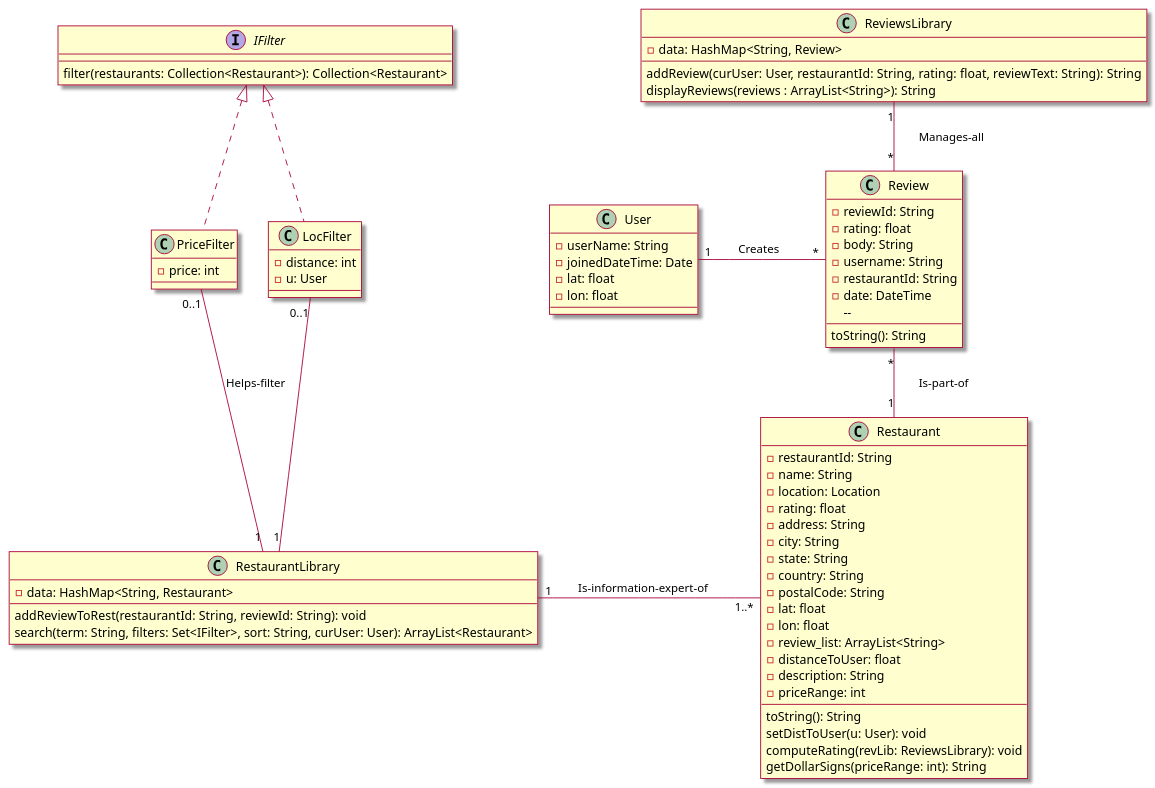
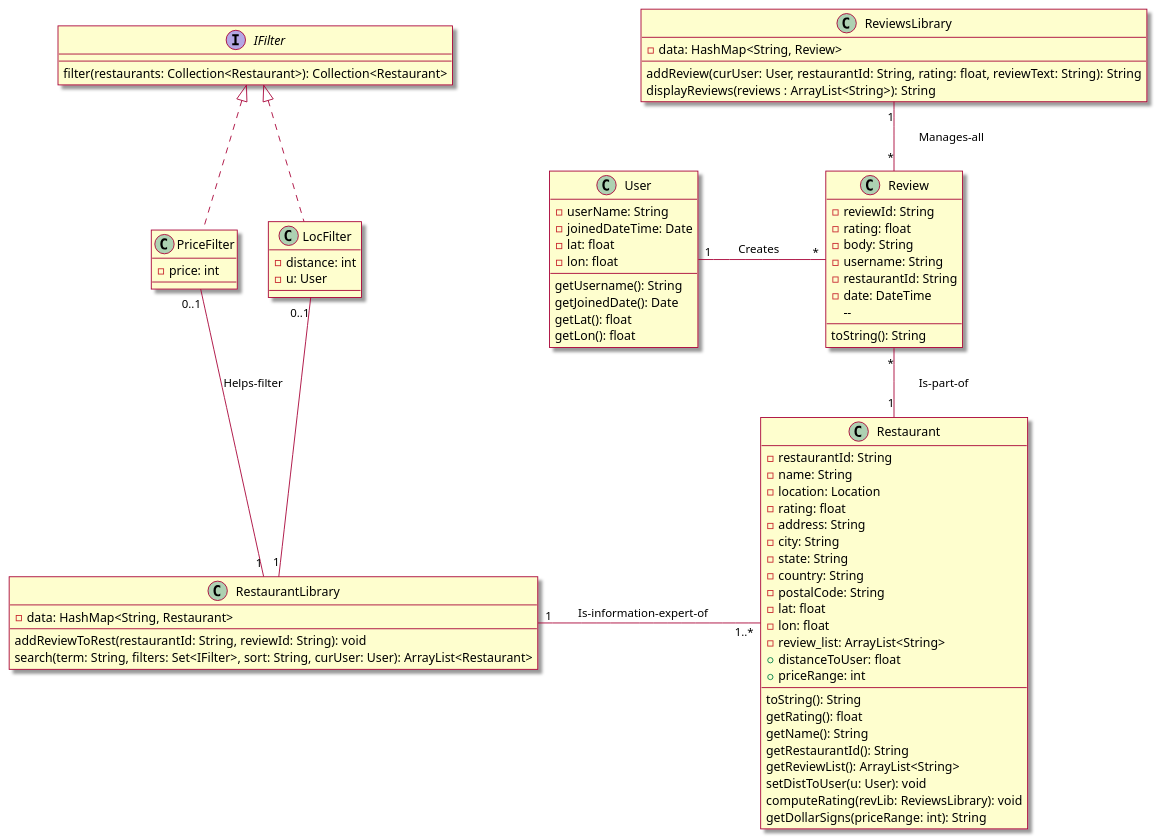
One commit to tanwasp/LunchBox-Android changed the third of 3 diagrams in intellij/doc/design.md. Above: the diagram before and after it, drawn with PlantUML. The commit also changed 5 other files, not shown here.

```diff
--- a/intellij/doc/design.md
+++ b/intellij/doc/design.md
@@ -89,11 +89,14 @@
     -lat: float
     -lon: float
     -review_list: ArrayList<String>
-    -distanceToUser: float
-    -description: String
-    -priceRange: int
+    +distanceToUser: float
+    +priceRange: int
     --
     toString(): String
+    getRating(): float
+    getName(): String
+    getRestaurantId(): String
+    getReviewList(): ArrayList<String>
     setDistToUser(u: User): void
     computeRating(revLib: ReviewsLibrary): void
     getDollarSigns(priceRange: int): String
@@ -115,6 +118,11 @@
     -joinedDateTime: Date
     -lat: float
     -lon: float
+    --
+    getUsername(): String
+    getJoinedDate(): Date
+    getLat(): float
+    getLon(): float
 }
 
 class RestaurantLibrary{
```
